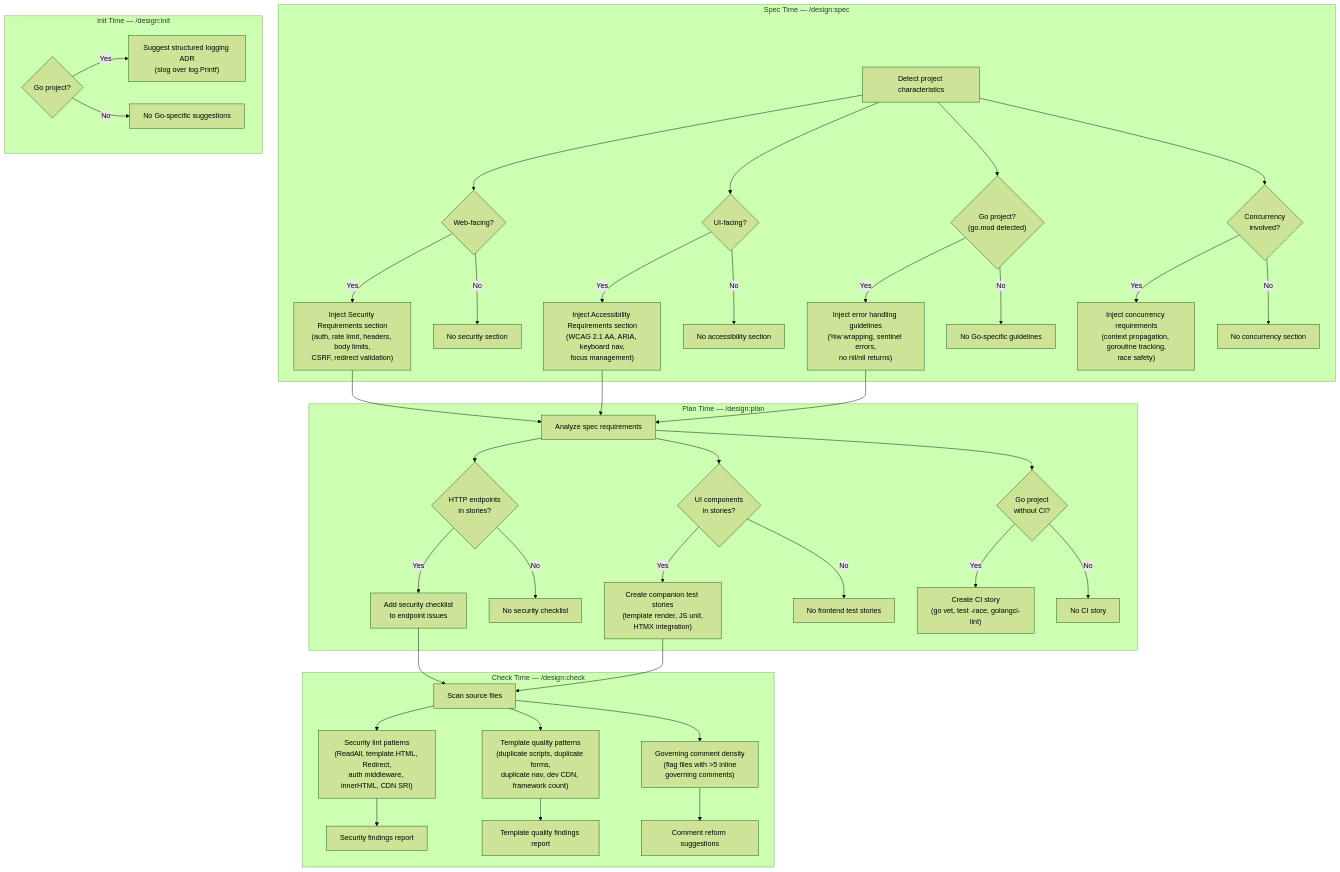
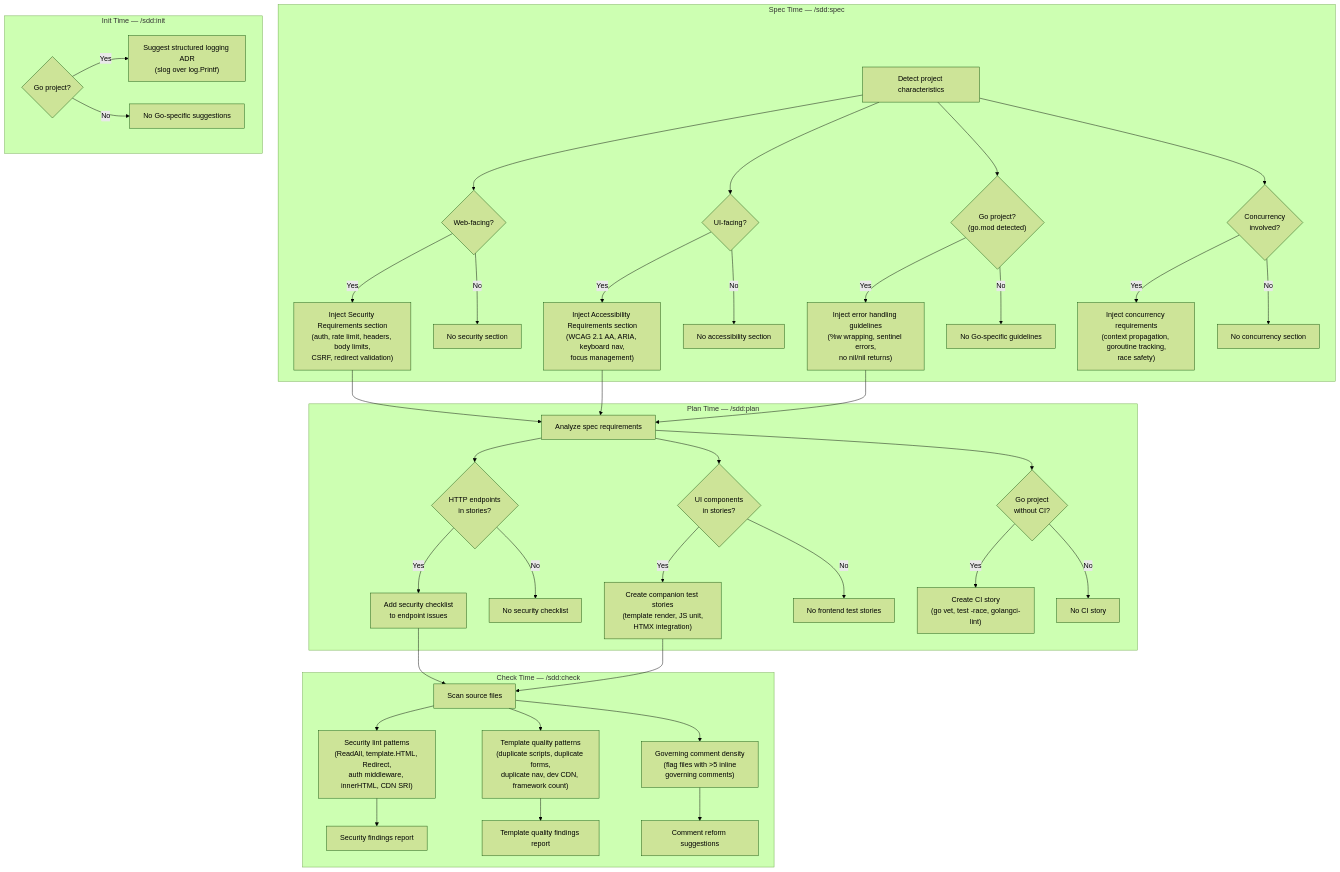
Before and after one commit to joestump/claude-plugin-sdd: the first of 2 diagrams in docs/openspec/specs/security-and-quality-guardrails/design.md, drawn with Mermaid (forest theme). The commit also changed other lines of this file and 106 other files, not shown here.

First line of the commit message:
Rename plugin from design to sdd (Spec-Driven Development)

````diff
--- a/docs/openspec/specs/security-and-quality-guardrails/design.md
+++ b/docs/openspec/specs/security-and-quality-guardrails/design.md
@@ -93,58 +93,58 @@
 ```mermaid
 flowchart TD
-    subgraph "Spec Time — /design:spec"
+    subgraph "Spec Time — /sdd:spec"
         S1["Detect project characteristics"]
         S1 --> S2{"Web-facing?"}
         S2 -->|Yes| S3["Inject Security Requirements section\n(auth, rate limit, headers, body limits,\nCSRF, redirect validation)"]
         S2 -->|No| S4["No security section"]
 
         S1 --> S5{"UI-facing?"}
         S5 -->|Yes| S6["Inject Accessibility Requirements section\n(WCAG 2.1 AA, ARIA, keyboard nav,\nfocus management)"]
         S5 -->|No| S7["No accessibility section"]
 
         S1 --> S8{"Go project?\n(go.mod detected)"}
         S8 -->|Yes| S9["Inject error handling guidelines\n(%w wrapping, sentinel errors,\nno nil/nil returns)"]
         S8 -->|No| S10["No Go-specific guidelines"]
 
         S1 --> S11{"Concurrency\ninvolved?"}
         S11 -->|Yes| S12["Inject concurrency requirements\n(context propagation, goroutine tracking,\nrace safety)"]
         S11 -->|No| S13["No concurrency section"]
     end
 
-    subgraph "Plan Time — /design:plan"
+    subgraph "Plan Time — /sdd:plan"
         P1["Analyze spec requirements"]
         P1 --> P2{"HTTP endpoints\nin stories?"}
         P2 -->|Yes| P3["Add security checklist\nto endpoint issues"]
         P2 -->|No| P4["No security checklist"]
 
         P1 --> P5{"UI components\nin stories?"}
         P5 -->|Yes| P6["Create companion test stories\n(template render, JS unit,\nHTMX integration)"]
         P5 -->|No| P7["No frontend test stories"]
 
         P1 --> P8{"Go project\nwithout CI?"}
         P8 -->|Yes| P9["Create CI story\n(go vet, test -race, golangci-lint)"]
         P8 -->|No| P10["No CI story"]
     end
 
-    subgraph "Check Time — /design:check"
+    subgraph "Check Time — /sdd:check"
         C1["Scan source files"]
         C1 --> C2["Security lint patterns\n(ReadAll, template.HTML, Redirect,\nauth middleware, innerHTML, CDN SRI)"]
         C1 --> C3["Template quality patterns\n(duplicate scripts, duplicate forms,\nduplicate nav, dev CDN, framework count)"]
         C1 --> C4["Governing comment density\n(flag files with >5 inline\ngoverning comments)"]
         C2 --> C5["Security findings report"]
         C3 --> C6["Template quality findings report"]
         C4 --> C7["Comment reform suggestions"]
     end
 
-    subgraph "Init Time — /design:init"
+    subgraph "Init Time — /sdd:init"
         I1{"Go project?"}
         I1 -->|Yes| I2["Suggest structured logging ADR\n(slog over log.Printf)"]
         I1 -->|No| I3["No Go-specific suggestions"]
     end
 
     S3 --> P1
     S6 --> P1
     S9 --> P1
     P3 --> C1
     P6 --> C1
 ```
````
